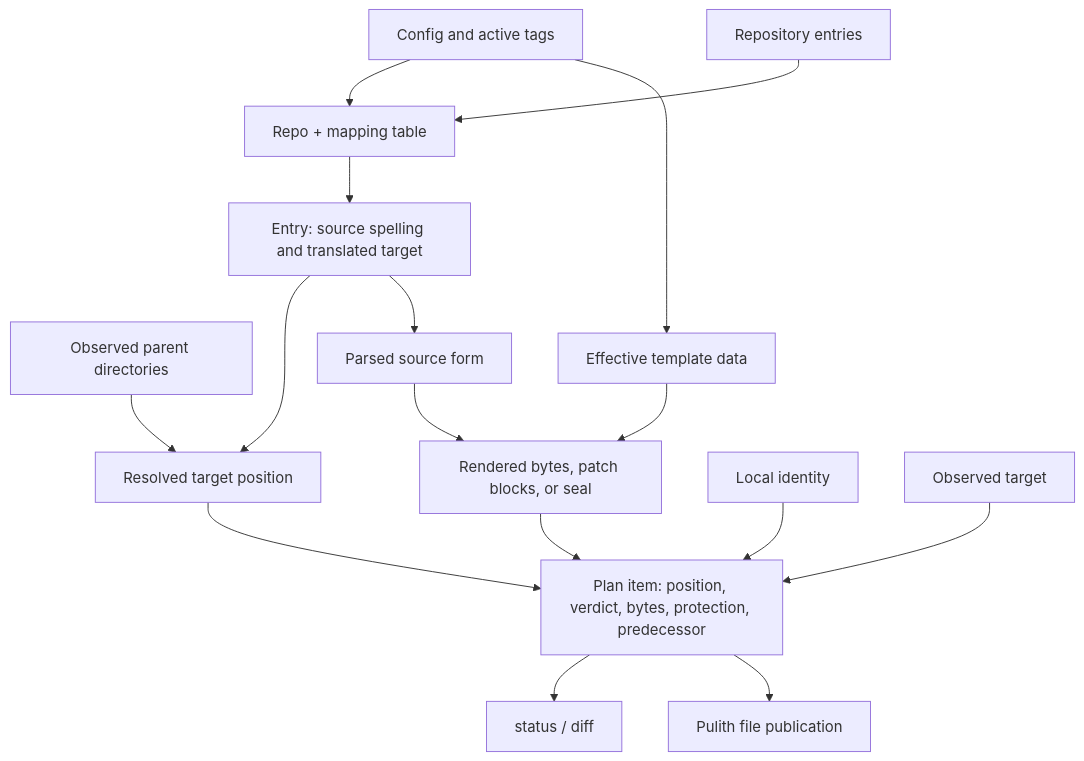
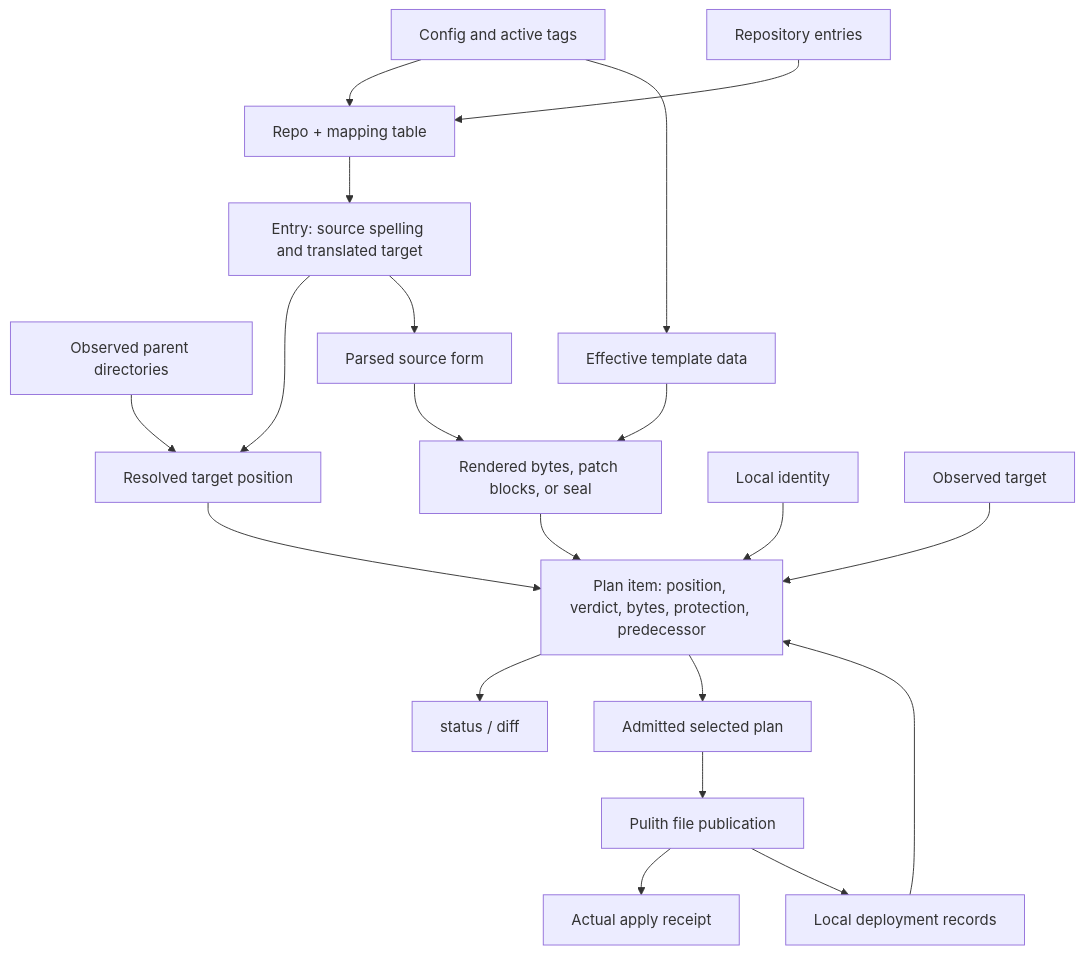
The diagram in docs/architecture.md (nostalume/tuckin), drawn with Mermaid before and after one commit. The commit also changed other lines of this file and 22 other files, not shown here.

````diff
--- a/docs/architecture.md
+++ b/docs/architecture.md
@@ -11,18 +11,22 @@
 ```mermaid
 flowchart TD
     Config["Config and active tags"] --> Repo["Repo + mapping table"]
     Tree["Repository entries"] --> Repo
     Repo --> Entry["Entry: source spelling and translated target"]
     Entry --> Place["Resolved target position"]
     Parents["Observed parent directories"] --> Place
     Entry --> Source["Parsed source form"]
     Config --> Data["Effective template data"]
     Data --> Rendered
     Source --> Rendered["Rendered bytes, patch blocks, or seal"]
     Identity["Local identity"] --> Item
     Place --> Item["Plan item: position, verdict, bytes, protection, predecessor"]
     Rendered --> Item
     Target["Observed target"] --> Item
     Item --> Report["status / diff"]
-    Item --> Publish["Pulith file publication"]
+    State["Local deployment records"] --> Item
+    Item --> Admit["Admitted selected plan"]
+    Admit --> Publish["Pulith file publication"]
+    Publish --> Receipt["Actual apply receipt"]
+    Publish --> State
 ```
````
